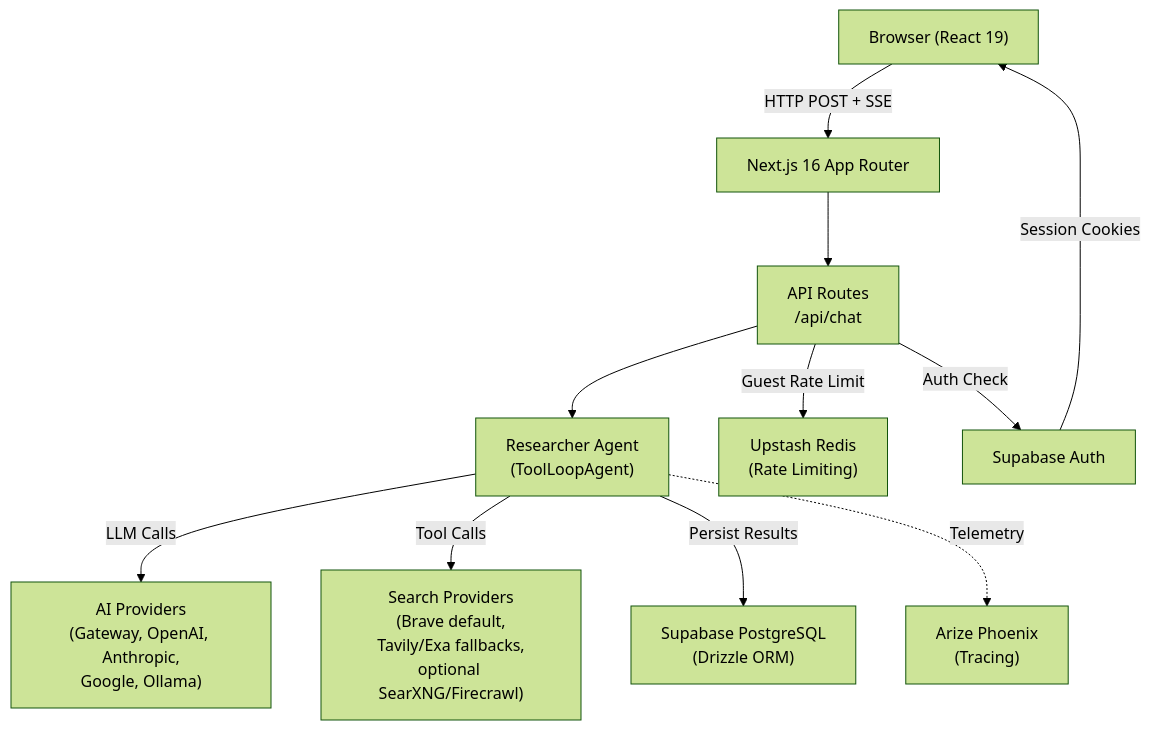
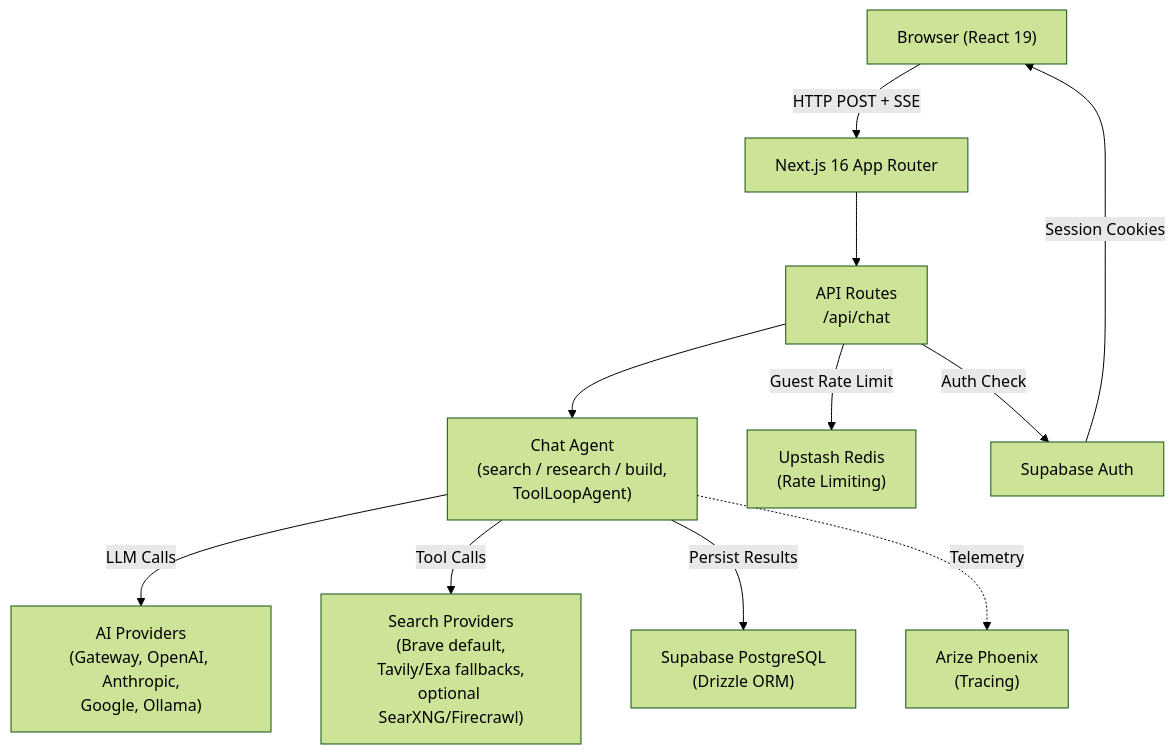
One commit to NickB03/polymorph changed the first of 10 diagrams in docs/architecture/OVERVIEW.md. Above: the diagram before and after it, drawn with Mermaid (forest theme). The commit also changed other lines of this file and 26 other files, not shown here.

````diff
--- a/docs/architecture/OVERVIEW.md
+++ b/docs/architecture/OVERVIEW.md
@@ -54,24 +54,24 @@
 ```mermaid
 graph TD
     Browser["Browser (React 19)"]
     NextApp["Next.js 16 App Router"]
     API["API Routes<br/>/api/chat"]
-    Agent["Researcher Agent<br/>(ToolLoopAgent)"]
+    Agent["Chat Agent<br/>(search / research / build,<br/>ToolLoopAgent)"]
     AI["AI Providers<br/>(Gateway, OpenAI, Anthropic,<br/>Google, Ollama)"]
     Search["Search Providers<br/>(Brave default,<br/>Tavily/Exa fallbacks,<br/>optional SearXNG/Firecrawl)"]
     DB["Supabase PostgreSQL<br/>(Drizzle ORM)"]
     Redis["Upstash Redis<br/>(Rate Limiting)"]
     Auth["Supabase Auth"]
     Phoenix["Arize Phoenix<br/>(Tracing)"]
 
     Browser -->|"HTTP POST + SSE"| NextApp
     NextApp --> API
     API -->|"Auth Check"| Auth
     API -->|"Guest Rate Limit"| Redis
     API --> Agent
     Agent -->|"LLM Calls"| AI
     Agent -->|"Tool Calls"| Search
     Agent -->|"Persist Results"| DB
     Agent -.->|"Telemetry"| Phoenix
     Auth -->|"Session Cookies"| Browser
 ```
````
